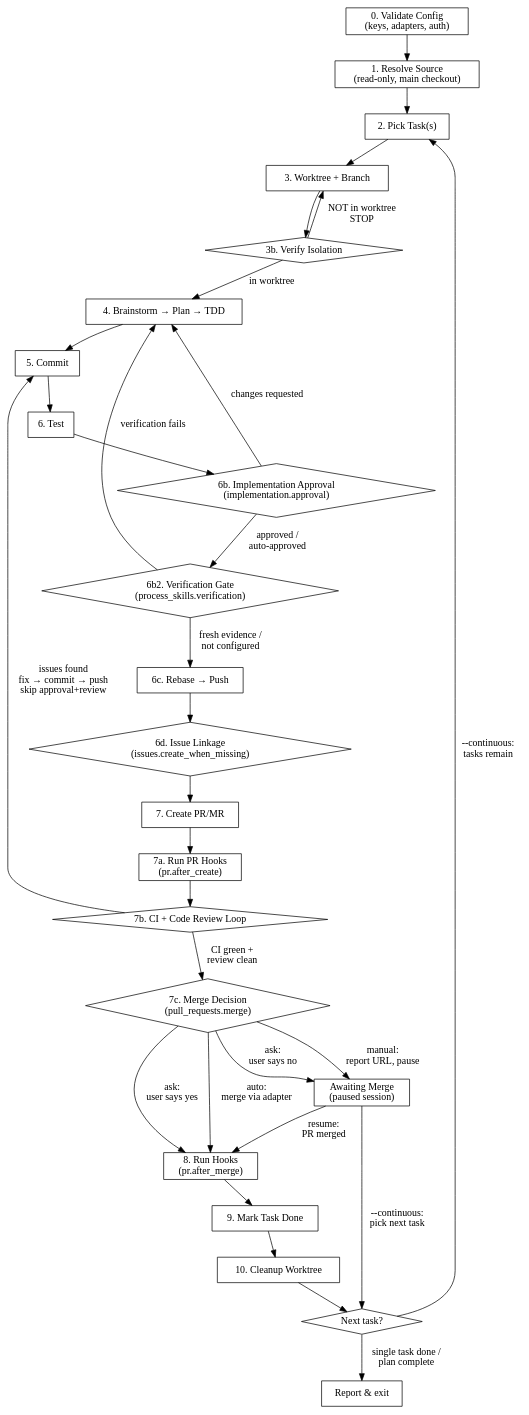
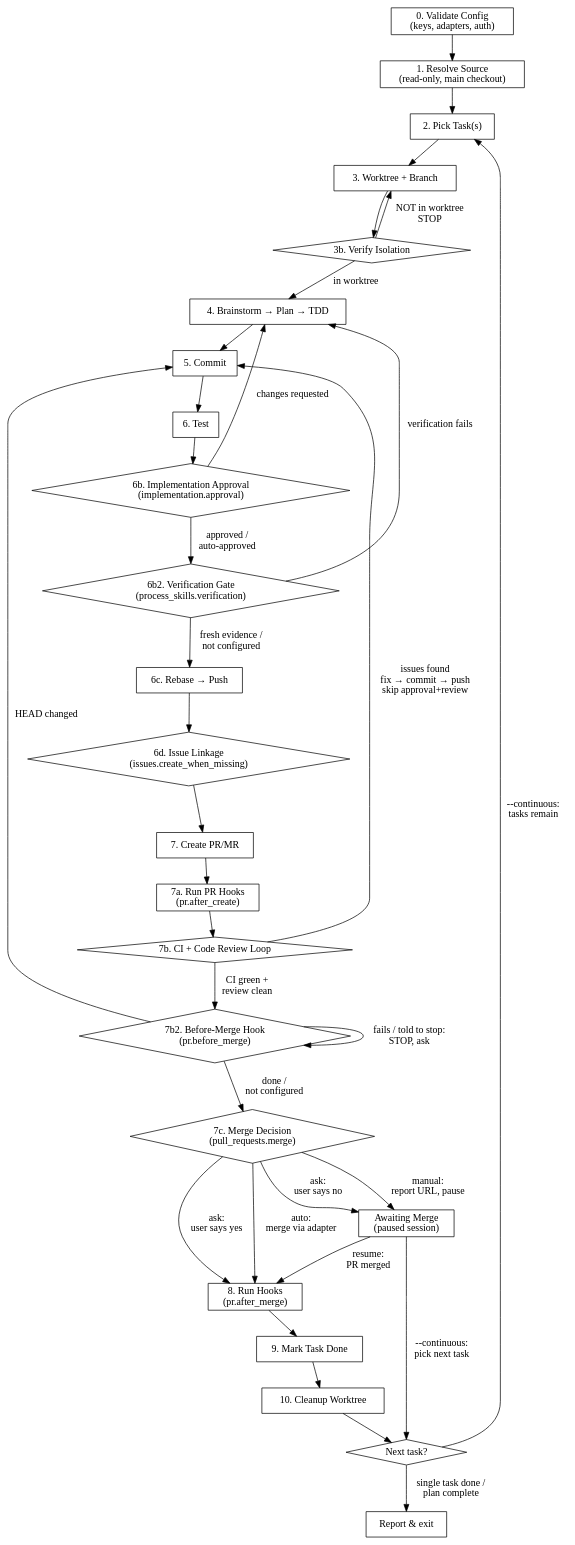
Before and after one commit to rodrigomanhaes/flowyeah: the diagram in plugins/flowyeah/skills/build/SKILL.md, drawn with Graphviz. The commit also changed other lines of this file and 4 other files, not shown here.

First line of the commit message:
feat(build): add before_merge hook as step 7b2

````diff
--- a/plugins/flowyeah/skills/build/SKILL.md
+++ b/plugins/flowyeah/skills/build/SKILL.md
@@ -89,50 +89,54 @@
 ```dot
 digraph pipeline {
     rankdir=TB;
     node [shape=box];
 
     validate [label="0. Validate Config\n(keys, adapters, auth)"];
     resolve [label="1. Resolve Source\n(read-only, main checkout)"];
     pick [label="2. Pick Task(s)"];
     worktree [label="3. Worktree + Branch"];
     verify_wt [label="3b. Verify Isolation" shape=diamond];
     implement [label="4. Brainstorm → Plan → TDD"];
     commit [label="5. Commit"];
     test [label="6. Test"];
     approval [label="6b. Implementation Approval\n(implementation.approval)" shape=diamond];
     verification [label="6b2. Verification Gate\n(process_skills.verification)" shape=diamond];
     deliver [label="6c. Rebase → Push"];
     issue_link [label="6d. Issue Linkage\n(issues.create_when_missing)" shape=diamond];
     pr [label="7. Create PR/MR"];
     pr_hooks [label="7a. Run PR Hooks\n(pr.after_create)"];
     ci_loop [label="7b. CI + Code Review Loop" shape=diamond];
+    before_merge [label="7b2. Before-Merge Hook\n(pr.before_merge)" shape=diamond];
     merge_decision [label="7c. Merge Decision\n(pull_requests.merge)" shape=diamond];
     hooks [label="8. Run Hooks\n(pr.after_merge)"];
     mark [label="9. Mark Task Done"];
     cleanup [label="10. Cleanup Worktree"];
     awaiting [label="Awaiting Merge\n(paused session)"];
     next [label="Next task?" shape=diamond];
 
     validate -> resolve -> pick -> worktree -> verify_wt;
     verify_wt -> implement [label="in worktree"];
     verify_wt -> worktree [label="NOT in worktree\nSTOP"];
     implement -> commit -> test -> approval;
     approval -> verification [label="approved /\nauto-approved"];
     verification -> deliver [label="fresh evidence /\nnot configured"];
     verification -> implement [label="verification fails"];
     approval -> implement [label="changes requested"];
     deliver -> issue_link -> pr -> pr_hooks -> ci_loop;
     ci_loop -> commit [label="issues found\nfix → commit → push\nskip approval+review"];
-    ci_loop -> merge_decision [label="CI green +\nreview clean"];
+    ci_loop -> before_merge [label="CI green +\nreview clean"];
+    before_merge -> merge_decision [label="done /\nnot configured"];
+    before_merge -> commit [label="HEAD changed"];
+    before_merge -> before_merge [label="fails / told to stop:\nSTOP, ask"];
     merge_decision -> hooks [label="auto:\nmerge via adapter"];
     merge_decision -> awaiting [label="manual:\nreport URL, pause"];
     merge_decision -> hooks [label="ask:\nuser says yes"];
     merge_decision -> awaiting [label="ask:\nuser says no"];
     awaiting -> hooks [label="resume:\nPR merged"];
     awaiting -> next [label="--continuous:\npick next task"];
     hooks -> mark -> cleanup -> next;
     next -> pick [label="--continuous:\ntasks remain"];
     next -> finish [label="single task done /\nplan complete"];
     finish [label="Report & exit"];
 }
 ```
````
